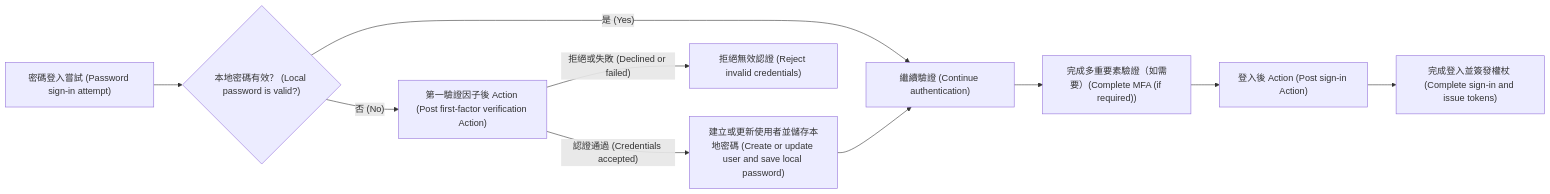
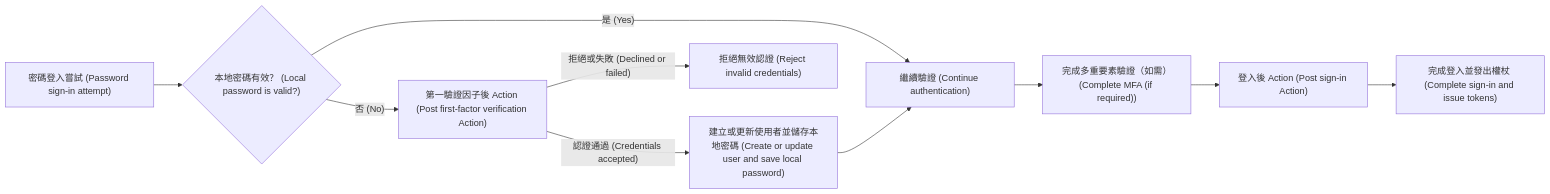
Before and after one commit to logto-io/docs: the diagram in i18n/zh-TW/docusaurus-plugin-content-docs/current/developers/actions/README.mdx, drawn with Mermaid. The commit also changed other lines of this file and 26 other files, not shown here.

````diff
--- a/i18n/zh-TW/docusaurus-plugin-content-docs/current/developers/actions/README.mdx
+++ b/i18n/zh-TW/docusaurus-plugin-content-docs/current/developers/actions/README.mdx
@@ -29,12 +29,12 @@
 ```mermaid
 flowchart LR
   A["密碼登入嘗試 (Password sign-in attempt)"] --> B{"本地密碼有效？ (Local password is valid?)"}
   B -->|"是 (Yes)"| E["繼續驗證 (Continue authentication)"]
   B -->|"否 (No)"| C["第一驗證因子後 Action (Post first-factor verification Action)"]
   C -->|"認證通過 (Credentials accepted)"| D["建立或更新使用者並儲存本地密碼 (Create or update user and save local password)"]
   C -->|"拒絕或失敗 (Declined or failed)"| X["拒絕無效認證 (Reject invalid credentials)"]
   D --> E
-  E --> F["完成多重要素驗證（如需要）(Complete MFA (if required))"]
+  E --> F["完成多重要素驗證（如需）(Complete MFA (if required))"]
   F --> G["登入後 Action (Post sign-in Action)"]
-  G --> H["完成登入並簽發權杖 (Complete sign-in and issue tokens)"]
+  G --> H["完成登入並發出權杖 (Complete sign-in and issue tokens)"]
 ```
````
